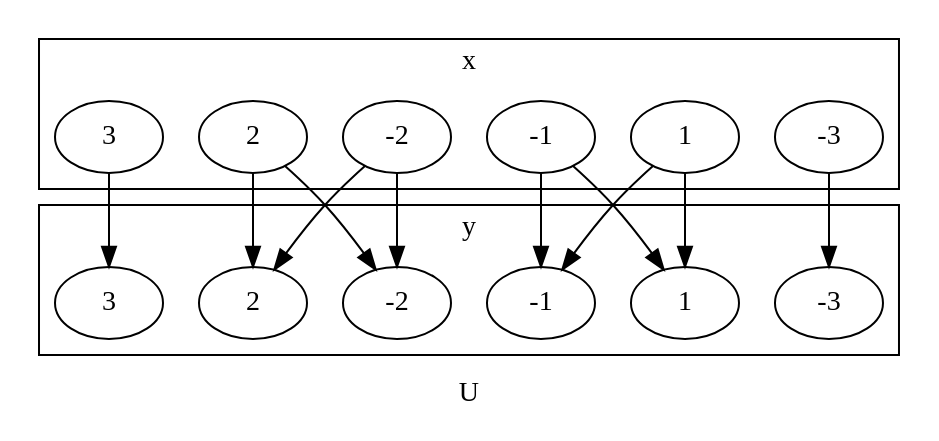
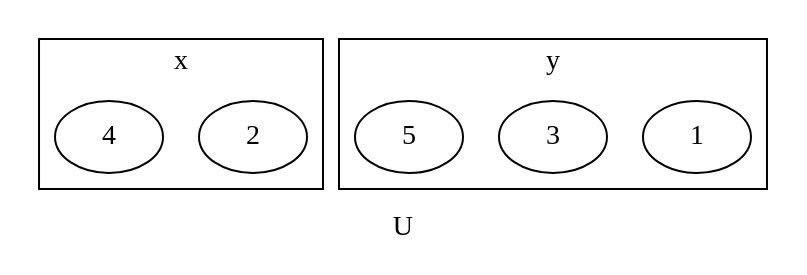
The second of 2 diagrams in CSDS 302 - Discrete Math/HW/1.md (tnichols217/notes), drawn with Graphviz before and after one commit.

Commit message:
vault backup: 2024-01-26 18:14:57

````diff
--- a/CSDS 302 - Discrete Math/HW/1.md
+++ b/CSDS 302 - Discrete Math/HW/1.md
@@ -168,31 +168,19 @@
 ```dot
 digraph {
 	label=U
 	subgraph {
 		label=x
 		cluster=true
-		a [label=-3]
-		b [label=-2]
-		c [label=-1]
-		d [label=1]
-		e [label=2]
-		f [label=3]
+		a [label=2]
+		b [label=4]
 	}
 	subgraph {
 		label=y
 		cluster=true
-		A [label=-3]
-		B [label=-2]
-		C [label=-1]
-		D [label=1]
-		E [label=2]
-		F [label=3]
+		A [label=1]
+		B [label=3]
+		C [label=5]
 	}
-	a -> A
-	b -> {B E}
-	c -> {C D}
-	d -> {C D}
-	e -> {B E}
-	f -> F
+	
 }
 ```
````
